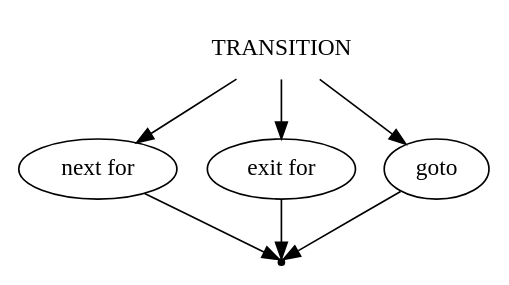
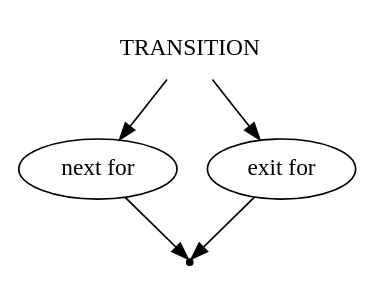
Before and after one commit to mshnschnko/ProMa: the diagram in src/CodeParser/grammar/transition.gv, drawn with Graphviz. The commit also changed 2 other files, not shown here.

Commit message:
operator diagram

```diff
--- a/src/CodeParser/grammar/transition.gv
+++ b/src/CodeParser/grammar/transition.gv
@@ -1,14 +1,11 @@
 digraph TRANSITION {
     start [label=TRANSITION shape=plaintext]
     next_for [label="next for" shape=oval]
     exit_for [label="exit for" shape=oval]
-    goto [label="goto" shape=oval]
     end [label="" shape=point]
 
     start -> next_for
     start -> exit_for
-    start -> goto
     next_for -> end
     exit_for -> end
-    goto -> end
 }
```
